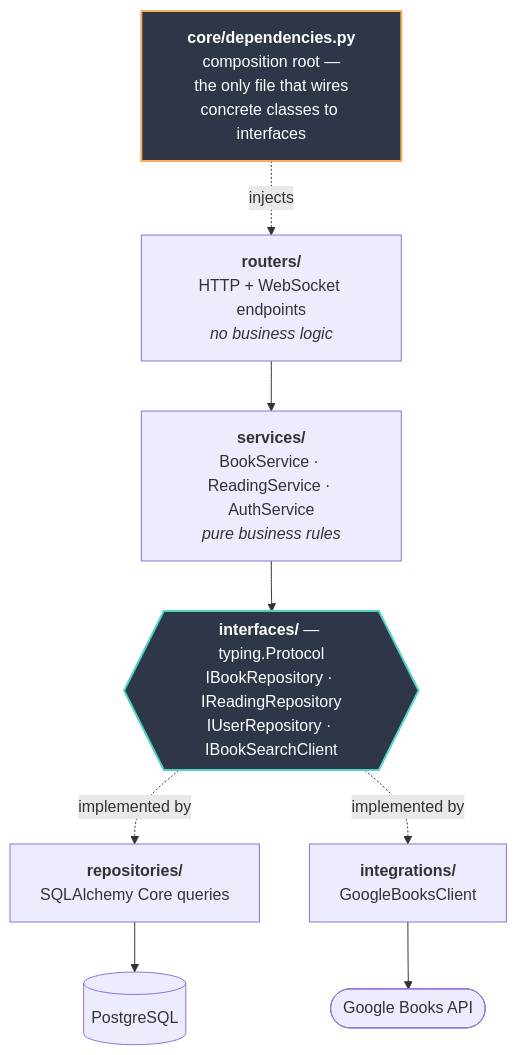
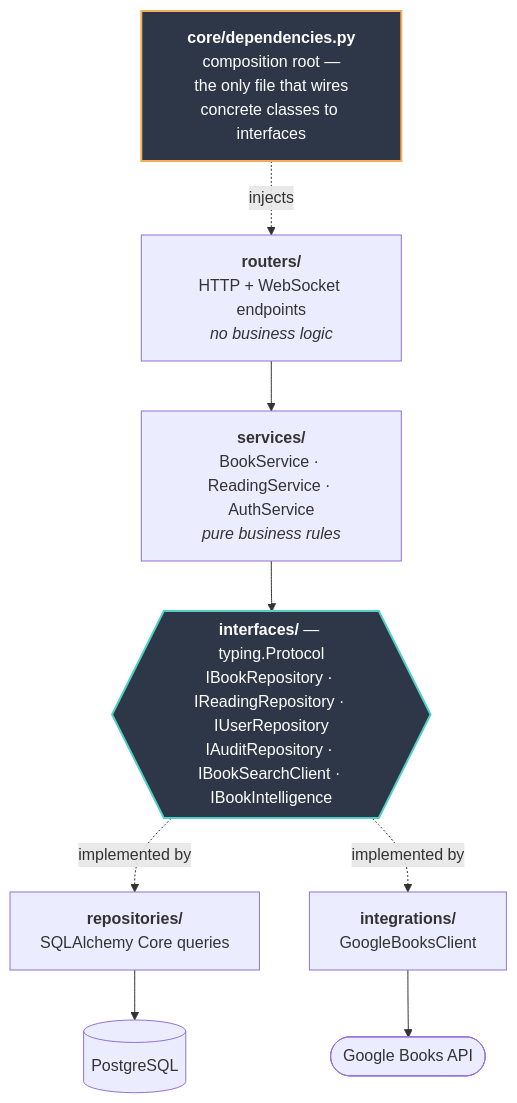
Before and after one commit to rohitxseth/readledgerx: the first of 4 diagrams in README.md, drawn with Mermaid. The commit also changed other lines of this file and 48 other files, not shown here.

````diff
--- a/README.md
+++ b/README.md
@@ -92,22 +95,22 @@
 ```mermaid
 flowchart TD
     R["<b>routers/</b><br/>HTTP + WebSocket endpoints<br/><i>no business logic</i>"]
     S["<b>services/</b><br/>BookService · ReadingService · AuthService<br/><i>pure business rules</i>"]
-    I{{"<b>interfaces/</b> — typing.Protocol<br/>IBookRepository · IReadingRepository<br/>IUserRepository · IBookSearchClient"}}
+    I{{"<b>interfaces/</b> — typing.Protocol<br/>IBookRepository · IReadingRepository · IUserRepository<br/>IAuditRepository · IBookSearchClient · IBookIntelligence"}}
     Rep["<b>repositories/</b><br/>SQLAlchemy Core queries"]
     Int["<b>integrations/</b><br/>GoogleBooksClient"]
     DB[("PostgreSQL")]
     GB(["Google Books API"])
     DI["<b>core/dependencies.py</b><br/>composition root —<br/>the only file that wires<br/>concrete classes to interfaces"]
 
     R --> S
     S --> I
     I -.implemented by.-> Rep
     I -.implemented by.-> Int
     Rep --> DB
     Int --> GB
     DI -.injects.-> R
 
     style I fill:#2d3748,stroke:#4fd1c5,stroke-width:2px,color:#fff
     style DI fill:#2d3748,stroke:#f6ad55,stroke-width:2px,color:#fff
 ```
````
